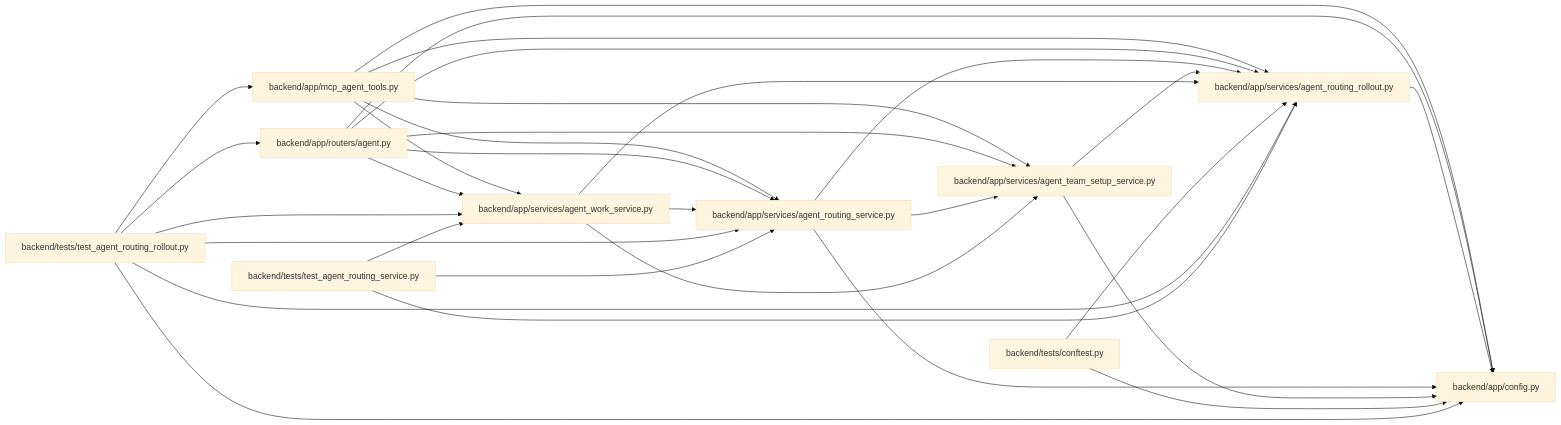
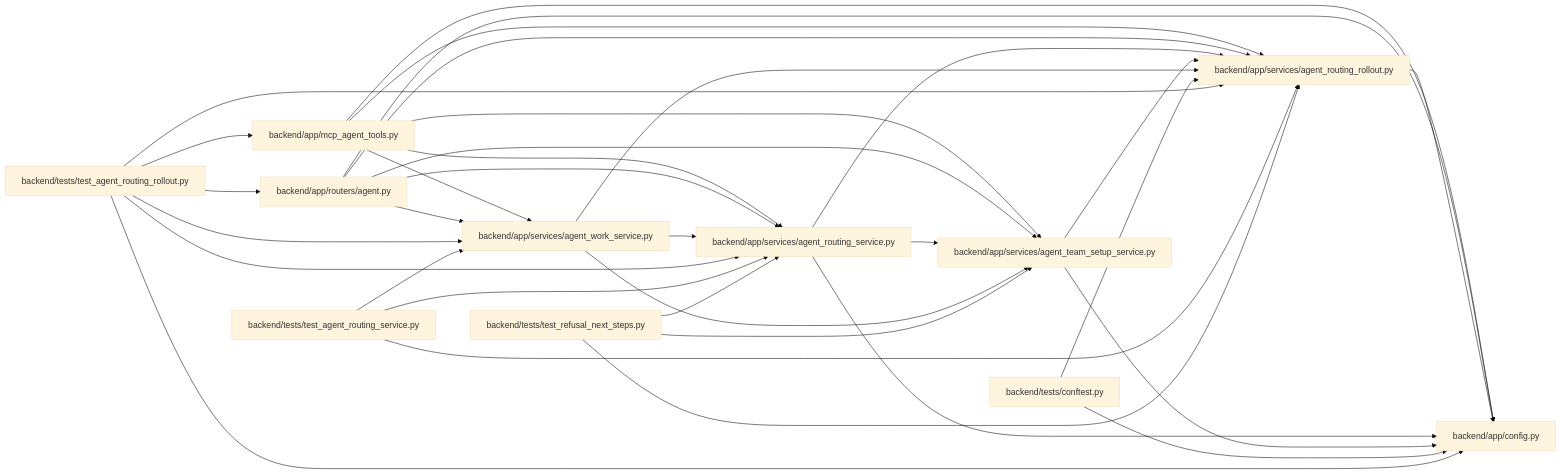
One commit to Denissvgn/WorkChord changed the diagram in docs/llm_wiki/modules/agent_routing_rollout.md. Above: the diagram before and after it, drawn with Mermaid (base theme). The commit also changed other lines of this file and 733 other files, not shown here.

Commit message:
Sync the architectural wiki for refusal next steps

````diff
--- a/docs/llm_wiki/modules/agent_routing_rollout.md
+++ b/docs/llm_wiki/modules/agent_routing_rollout.md
@@ -24,53 +24,58 @@
 ```mermaid
 flowchart LR
     n0["backend/app/config.py"]
     n1["backend/app/mcp_agent_tools.py"]
     n2["backend/app/routers/agent.py"]
     n3["backend/app/services/agent_routing_rollout.py"]
     n4["backend/app/services/agent_routing_service.py"]
     n5["backend/app/services/agent_team_setup_service.py"]
     n6["backend/app/services/agent_work_service.py"]
     n7["backend/tests/conftest.py"]
     n8["backend/tests/test_agent_routing_rollout.py"]
     n9["backend/tests/test_agent_routing_service.py"]
+    n10["backend/tests/test_refusal_next_steps.py"]
     n1 --> n0
     n1 --> n3
     n1 --> n4
     n1 --> n5
     n1 --> n6
     n2 --> n0
     n2 --> n3
     n2 --> n4
     n2 --> n5
     n2 --> n6
     n3 --> n0
     n4 --> n0
     n4 --> n3
     n4 --> n5
     n5 --> n0
     n5 --> n3
     n6 --> n3
     n6 --> n4
     n6 --> n5
     n7 --> n0
     n7 --> n3
     n8 --> n0
     n8 --> n1
     n8 --> n2
     n8 --> n3
     n8 --> n4
     n8 --> n6
     n9 --> n3
     n9 --> n4
     n9 --> n6
+    n10 --> n3
+    n10 --> n4
+    n10 --> n5
     click n0 "../modules/config.md"
     click n1 "../modules/mcp_agent_tools.md"
     click n2 "../modules/routers_agent.md"
     click n3 "../modules/agent_routing_rollout.md"
     click n4 "../modules/agent_routing_service.md"
     click n5 "../modules/agent_team_setup_service.md"
     click n6 "../modules/agent_work_service.md"
     click n7 "../modules/conftest.md"
     click n8 "../modules/test_agent_routing_rollout.md"
     click n9 "../modules/test_agent_routing_service.md"
+    click n10 "../modules/test_refusal_next_steps.md"
 ```
````
